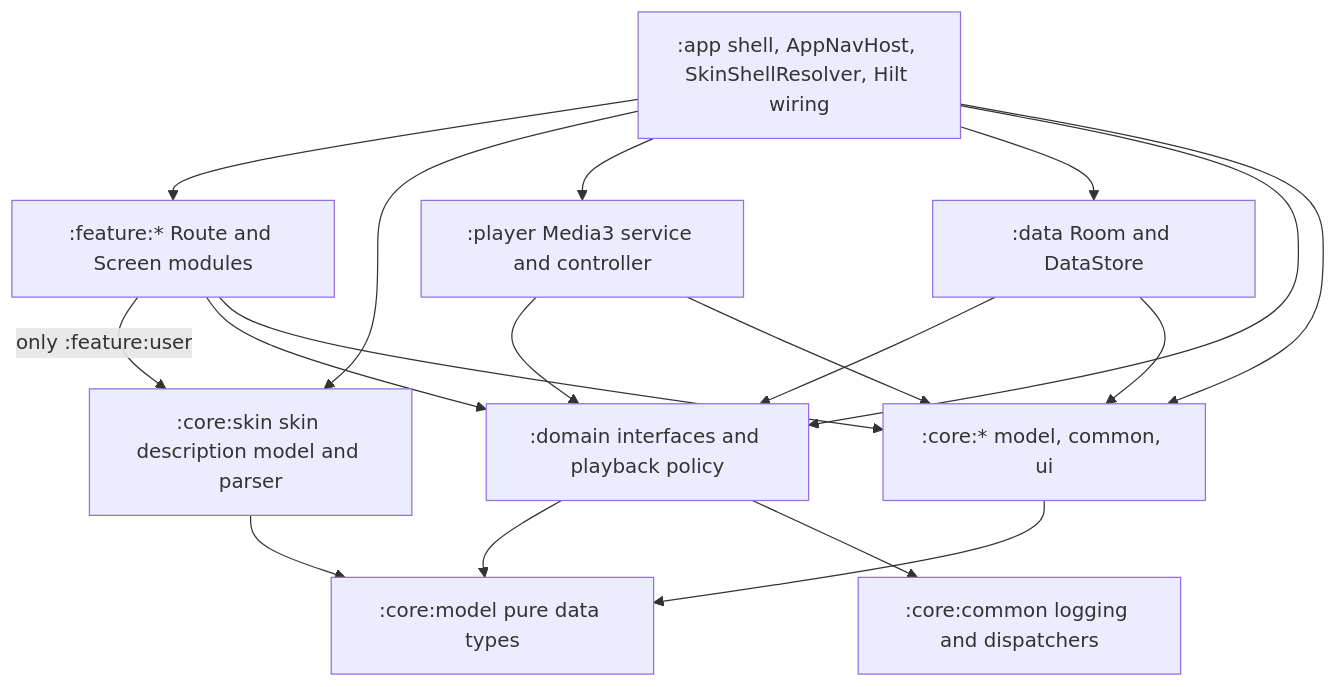
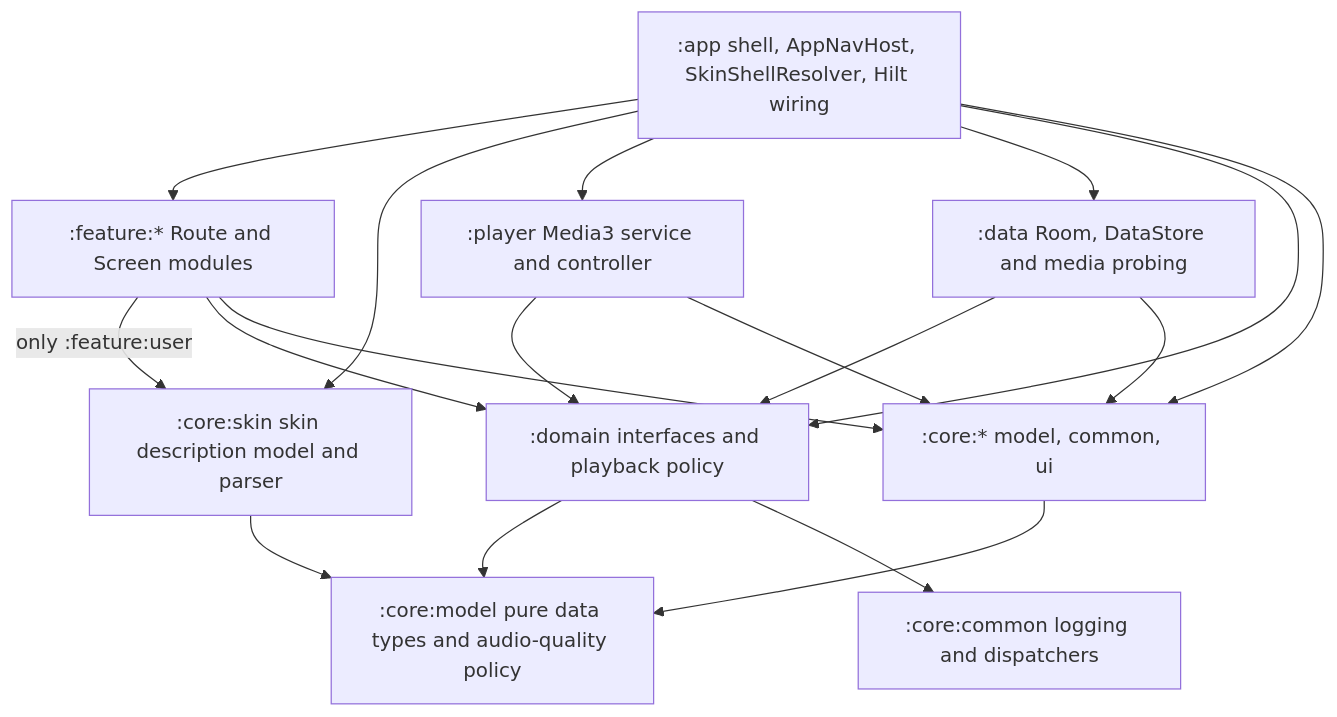
One commit to DefineMyCode/melody-in-heart-x changed the first of 3 diagrams in openwiki/architecture/module-graph.md. Above: the diagram before and after it, drawn with Mermaid. The commit also changed other lines of this file and 42 other files, not shown here.

````diff
--- a/openwiki/architecture/module-graph.md
+++ b/openwiki/architecture/module-graph.md
@@ -140,20 +164,20 @@
 ```mermaid
 flowchart TD
     APP[":app shell, AppNavHost, SkinShellResolver, Hilt wiring"] --> FEAT[":feature:* Route and Screen modules"]
     APP --> SKIN[":core:skin skin description model and parser"]
     APP --> PLAYER[":player Media3 service and controller"]
-    APP --> DATA[":data Room and DataStore"]
+    APP --> DATA[":data Room, DataStore and media probing"]
     APP --> DOMAIN[":domain interfaces and playback policy"]
     APP --> CORE[":core:* model, common, ui"]
     FEAT -->|"only :feature:user"| SKIN
     FEAT --> DOMAIN
     FEAT --> CORE
     PLAYER --> DOMAIN
     PLAYER --> CORE
     DATA --> DOMAIN
     DATA --> CORE
-    DOMAIN --> CMODEL[":core:model pure data types"]
+    DOMAIN --> CMODEL[":core:model pure data types and audio-quality policy"]
     DOMAIN --> CCOMMON[":core:common logging and dispatchers"]
     CORE --> CMODEL
     SKIN --> CMODEL
 ```
````
